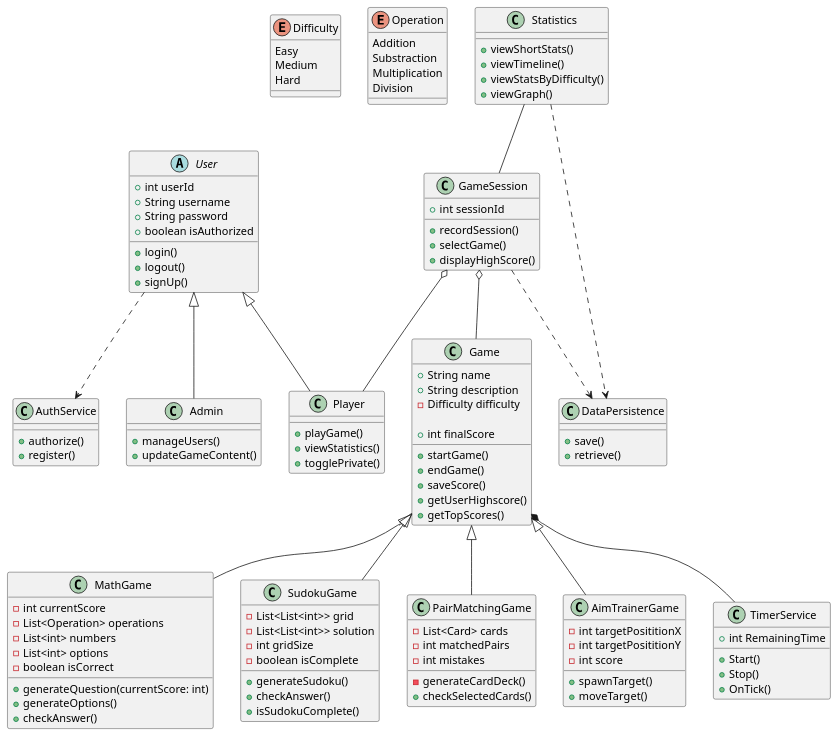
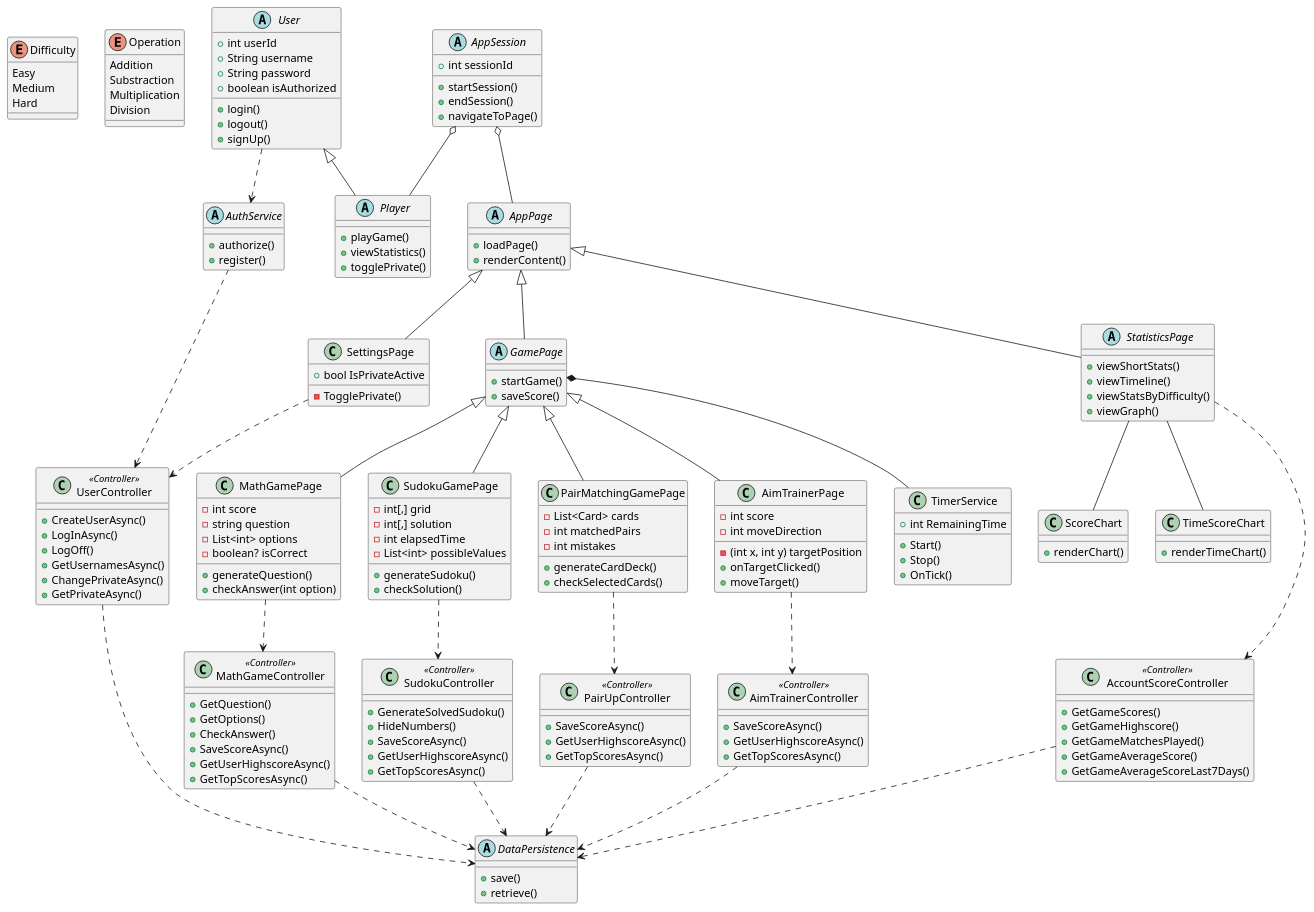
One commit to mykolas-alt/Komanda-1 changed the diagram in Diagrams/class_diagram.puml. Above: the diagram before and after it, drawn with PlantUML.

Commit message:
diagram: updated the class diagram

```diff
--- a/Diagrams/class_diagram.puml
+++ b/Diagrams/class_diagram.puml
@@ -1,154 +1,204 @@
 @startuml
 ' ======== Abstract Classes and Enumerations ========
 enum Difficulty {
-  Easy
-  Medium
-  Hard
+Easy
+Medium
+Hard
 }
 
 enum Operation {
-  Addition
-  Substraction
-  Multiplication
-  Division
+Addition
+Substraction
+Multiplication
+Division
+}
+
+' ======== Data & Persistence ========
+abstract class DataPersistence {
++save()
++retrieve()
+}
+
+' ======== User/Account Domain ========
+abstract class User {
++int userId
++String username
++String password
++boolean isAuthorized
++login()
++logout()
++signUp()
+}
+
+abstract class Player {
++playGame()
++viewStatistics()
++togglePrivate()
+}
+
+User <|-- Player
+
+' ======== Application Session ========
+abstract class AppSession {
++int sessionId
++startSession()
++endSession()
++navigateToPage()
+}
+
+' ======== Application Pages ========
+abstract class AppPage {
++loadPage()
++renderContent()
+}
+
+abstract class GamePage extends AppPage {
++startGame()
++saveScore()
+}
+
+class MathGamePage extends GamePage {
+-int score
+-string question
+-List<int> options
+-boolean? isCorrect
++generateQuestion()
++checkAnswer(int option)
+}
+
+class SudokuGamePage extends GamePage {
+-int[,] grid
+-int[,] solution
+-int elapsedTime
+-List<int> possibleValues
++generateSudoku()
++checkSolution()
+}
+
+class PairMatchingGamePage extends GamePage {
+-List<Card> cards
+-int matchedPairs
+-int mistakes
++generateCardDeck()
++checkSelectedCards()
+}
+
+class AimTrainerPage extends GamePage {
+-int score
+-(int x, int y) targetPosition
+-int moveDirection
++onTargetClicked()
++moveTarget()
+}
+
+class SettingsPage extends AppPage {
+  +bool IsPrivateActive
+  -TogglePrivate()
 }
 
 
-class DataPersistence {
-  +save()
-  +retrieve()
+' ======== Statistics/High Score Domain ========
+abstract class StatisticsPage extends AppPage {
++viewShortStats()
++viewTimeline()
++viewStatsByDifficulty()
++viewGraph()
 }
 
-GameSession ..> DataPersistence
-Statistics ..> DataPersistence
+class ScoreChart {
++renderChart()
+}
+
+class TimeScoreChart {
++renderTimeChart()
+}
+
+StatisticsPage -- ScoreChart
+StatisticsPage -- TimeScoreChart
 
 
-' ======== User/Account Domain ========
-abstract class User {
-  +int userId
-  +String username
-  +String password
-  +boolean isAuthorized
-  +login()
-  +logout()
-  +signUp()
+AppSession o-- AppPage
+AppSession o-- Player
+
+' ======== Timer Service ========
+class TimerService {
++int RemainingTime
++Start()
++Stop()
++OnTick()
 }
 
-class Player {
-  +playGame()
-  +viewStatistics()
-  +togglePrivate()
+GamePage *-- TimerService
+
+
+' ======== Services (Subset) ========
+abstract class AuthService {
++authorize()
++register()
+}
+User ..> AuthService
+
+' ======== Controllers ========
+class AccountScoreController <<Controller>> {
++GetGameScores()
++GetGameHighscore()
++GetGameMatchesPlayed()
++GetGameAverageScore()
++GetGameAverageScoreLast7Days()
 }
 
-class Admin {
-  +manageUsers()
-  +updateGameContent()
+AccountScoreController ..> DataPersistence
+
+class AimTrainerController <<Controller>> {
++SaveScoreAsync()
++GetUserHighscoreAsync()
++GetTopScoresAsync()
 }
 
-User <|-- Player
-User <|-- Admin
-
-
-
-' ======== Game Domain ========
-class Game {
-  +String name
-  +String description
-  -Difficulty difficulty
-  
-  +int finalScore
-  
-  +startGame()
-  +endGame()
-  +saveScore() 
-  +getUserHighscore() 
-  +getTopScores()
+class MathGameController <<Controller>> {
++GetQuestion()
++GetOptions()
++CheckAnswer()
++SaveScoreAsync()
++GetUserHighscoreAsync()
++GetTopScoresAsync()
 }
 
-
-
-class MathGame {
-  -int currentScore 
-  -List<Operation> operations
-  -List<int> numbers
-  -List<int> options
-  -boolean isCorrect
-
-  +generateQuestion(currentScore: int)
-  +generateOptions()
-  +checkAnswer()
+class PairUpController <<Controller>> {
++SaveScoreAsync()
++GetUserHighscoreAsync()
++GetTopScoresAsync()
 }
 
-class SudokuGame {
-  - List<List<int>> grid
-  - List<List<int>> solution
-  - int gridSize
-  - boolean isComplete
-  
-  +generateSudoku()
-  +checkAnswer()
-  +isSudokuComplete()
+class SudokuController <<Controller>> {
++GenerateSolvedSudoku()
++HideNumbers()
++SaveScoreAsync()
++GetUserHighscoreAsync()
++GetTopScoresAsync()
 }
 
-class PairMatchingGame {
-  -List<Card> cards
-  -int matchedPairs
-  -int mistakes
-
-  -generateCardDeck()
-  +checkSelectedCards()
+class UserController <<Controller>> {
++CreateUserAsync()
++LogInAsync()
++LogOff()
++GetUsernamesAsync()
++ChangePrivateAsync()
++GetPrivateAsync()
 }
 
-class AimTrainerGame {
-  -int targetPosititionX
-  -int targetPosititionY
-  -int score
+' ======== Relationships for Controllers ========
+AuthService ..> UserController
+MathGamePage ..> MathGameController
+PairMatchingGamePage ..> PairUpController
+SudokuGamePage ..> SudokuController
+AimTrainerPage ..> AimTrainerController
+SettingsPage ..> UserController
+StatisticsPage ..> AccountScoreController
 
-  +spawnTarget()
-  +moveTarget()
-}
-
-
-Game <|-- MathGame
-Game <|-- SudokuGame
-Game <|-- PairMatchingGame
-Game <|-- AimTrainerGame
-
-
-class TimerService {
-  +int RemainingTime
-  +Start()
-  +Stop()
-  +OnTick()
-}
-
-Game *-- TimerService
-
-' ======== Statistics/High Score Domain ========
-class GameSession {
-  +int sessionId
-  +recordSession()
-  +selectGame()
-  +displayHighScore()
-}
-
-class Statistics {
-  +viewShortStats()
-  +viewTimeline()
-  +viewStatsByDifficulty()
-  +viewGraph()
-}
-
-GameSession o-- Game
-GameSession o-- Player
-Statistics -- GameSession
-
-' ======== Services & Persistence ========
-class AuthService {
-  +authorize()
-  +register()
-}
-
-User ..> AuthService
-
+AimTrainerController ..> DataPersistence
+MathGameController ..> DataPersistence
+PairUpController ..> DataPersistence
+SudokuController ..> DataPersistence
+UserController ..> DataPersistence
 @enduml
```
